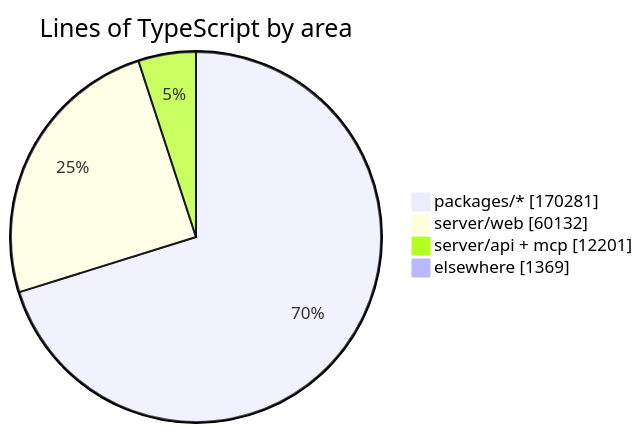
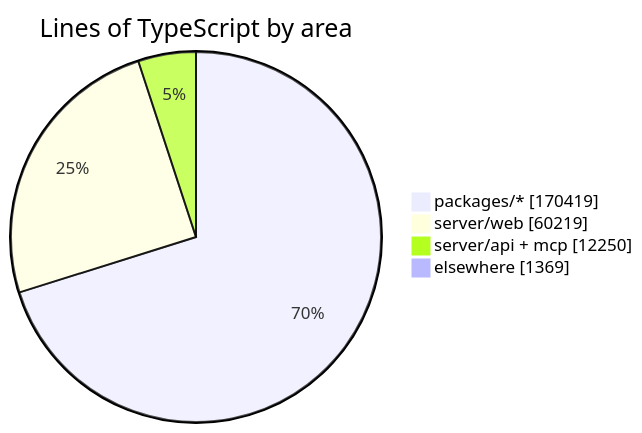
One commit to crossworks-engineering/mantle changed the diagram in README.md. Above: the diagram before and after it, drawn with Mermaid. The commit also changed other lines of this file and 2 other files, not shown here.

````diff
--- a/README.md
+++ b/README.md
@@ -279,7 +279,7 @@
 ```mermaid
 pie showData title Lines of TypeScript by area
-    "packages/*" : 170281
-    "server/web" : 60132
-    "server/api + mcp" : 12201
+    "packages/*" : 170419
+    "server/web" : 60219
+    "server/api + mcp" : 12250
     "elsewhere" : 1369
 ```
````
